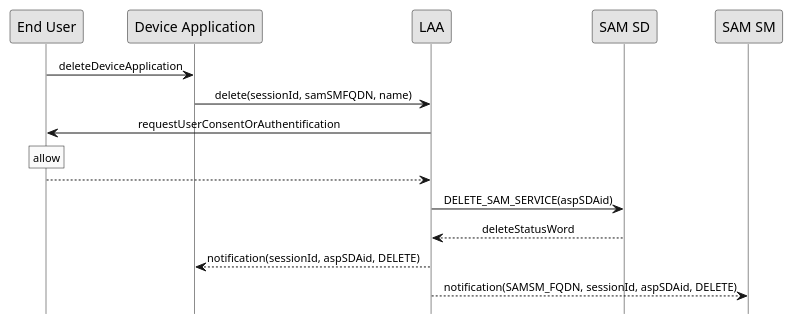
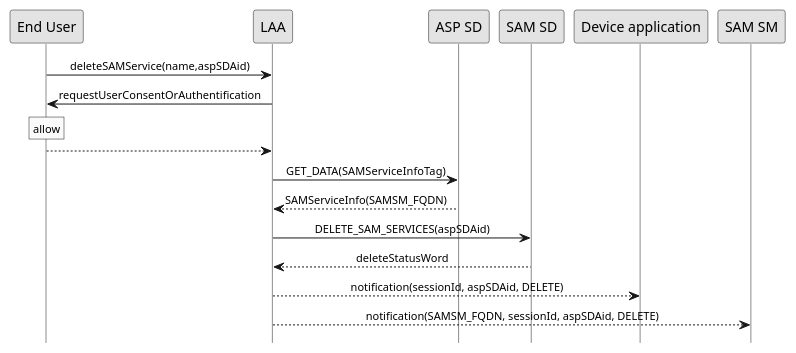
One commit to gaelrgerard/laa changed the diagram in doc/uml/delete-laa.pu. Above: the diagram before and after it, drawn with PlantUML. The commit also changed other lines of this file and 4 other files, not shown here.

Commit message:
update diagram

```diff
--- a/doc/uml/delete-laa.pu
+++ b/doc/uml/delete-laa.pu
@@ -1,24 +2,27 @@
 @startuml
-
+ 
 hide footbox
 skinparam sequenceMessageAlign center
 skinparam sequenceArrowFontSize 11
 skinparam noteFontSize 11
 skinparam monochrome true
 skinparam lifelinestrategy solid
  
-"End User" -> "Device Application" : deleteDeviceApplication
-"Device Application" -> LAA : delete(sessionId, samSMFQDN, name)
+"End User" -> "LAA" : deleteSAMService(name,aspSDAid)
 
+ 
 LAA -> "End User" : requestUserConsentOrAuthentification
 rnote over "End User": allow
 LAA <-- "End User"
- 
-"LAA" -> "SAM SD" : DELETE_SAM_SERVICE(aspSDAid) 
+
+LAA -> "ASP SD" : GET_DATA(SAMServiceInfoTag)
+"ASP SD" --> LAA : SAMServiceInfo(SAMSM_FQDN)  
+
+"LAA" -> "SAM SD" : DELETE_SAM_SERVICES(aspSDAid) 
 "SAM SD" --> LAA : deleteStatusWord
 
  
-LAA --> "Device Application" : notification(sessionId, aspSDAid, DELETE)
+LAA --> "Device application" : notification(sessionId, aspSDAid, DELETE)
  
 LAA --> "SAM SM" : notification(SAMSM_FQDN, sessionId, aspSDAid, DELETE)
 @enduml
```
